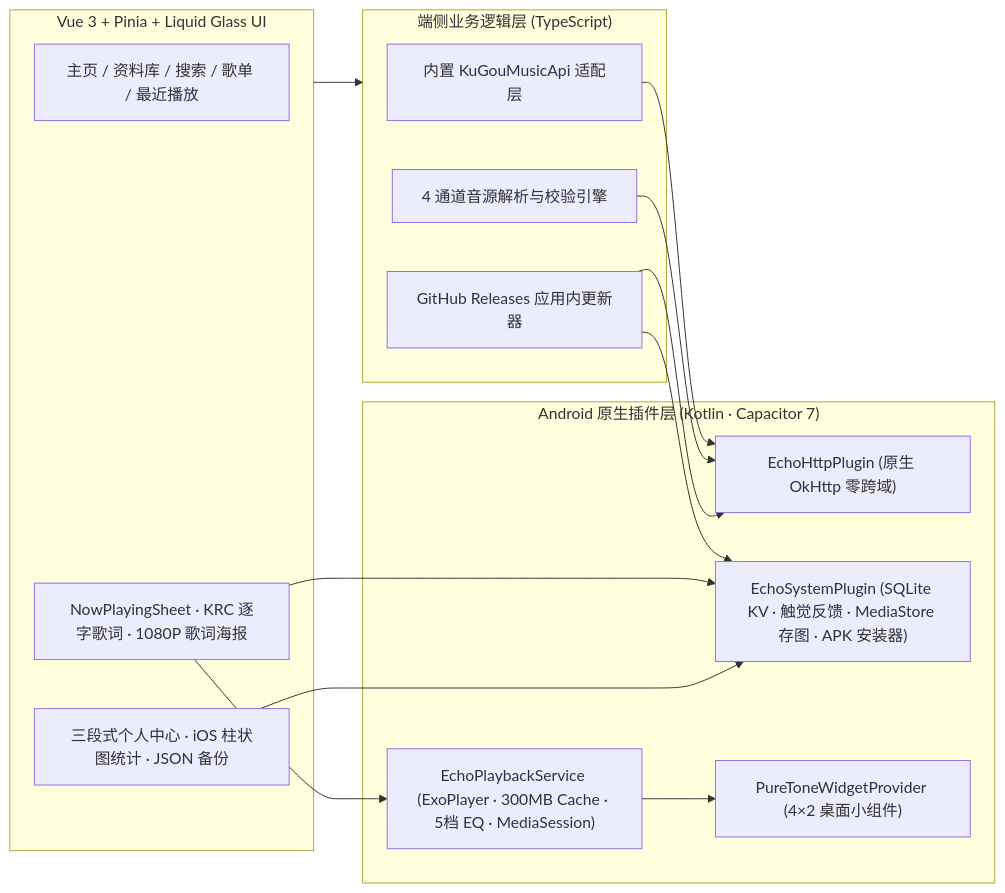
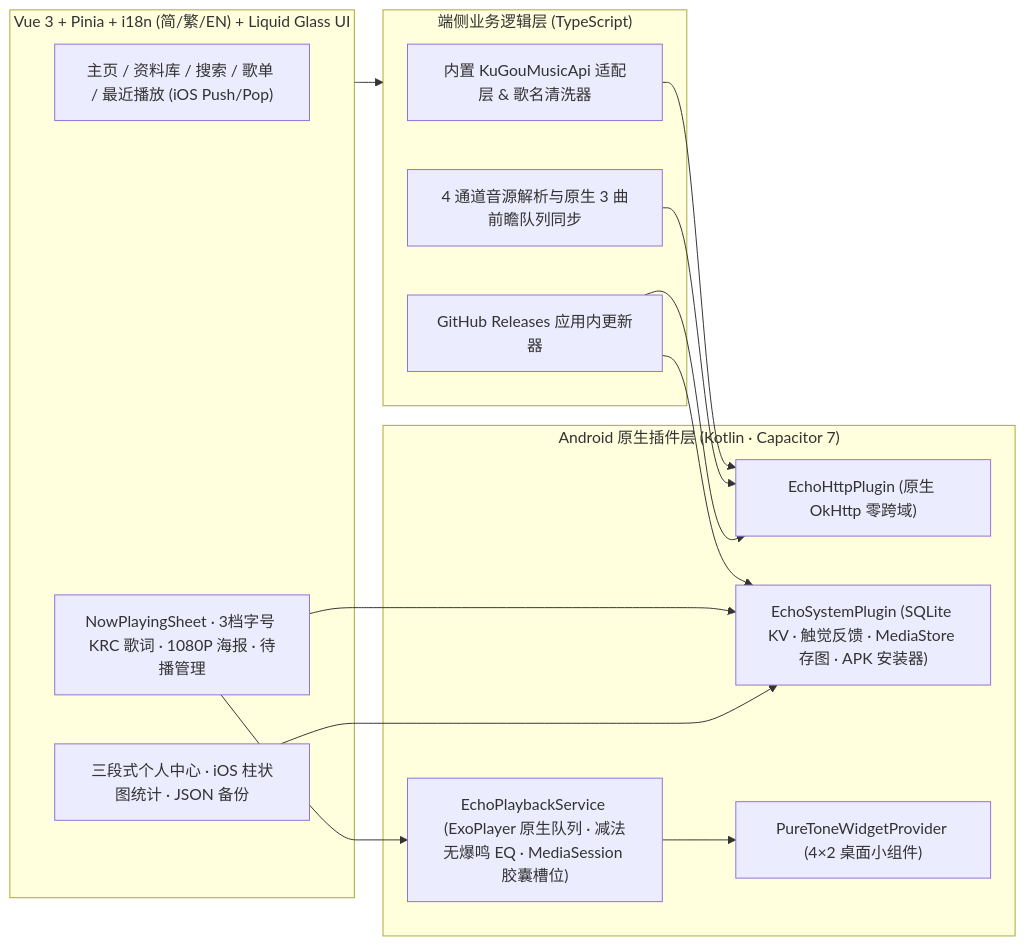
One commit to xhd2005/puretone changed the diagram in README.md. Above: the diagram before and after it, drawn with Mermaid. The commit also changed other lines of this file and 37 other files, not shown here.

````diff
--- a/README.md
+++ b/README.md
@@ -64,31 +66,31 @@
 ```mermaid
 flowchart LR
-    subgraph UI["Vue 3 + Pinia + Liquid Glass UI"]
-        Views["主页 / 资料库 / 搜索 / 歌单 / 最近播放"]
-        PlayerUI["NowPlayingSheet · KRC 逐字歌词 · 1080P 歌词海报"]
+    subgraph UI["Vue 3 + Pinia + i18n (简/繁/EN) + Liquid Glass UI"]
+        Views["主页 / 资料库 / 搜索 / 歌单 / 最近播放 (iOS Push/Pop)"]
+        PlayerUI["NowPlayingSheet · 3档字号 KRC 歌词 · 1080P 海报 · 待播管理"]
         ProfileUI["三段式个人中心 · iOS 柱状图统计 · JSON 备份"]
     end
 
     subgraph Engine["端侧业务逻辑层 (TypeScript)"]
-        Api["内置 KuGouMusicApi 适配层"]
-        Resolver["4 通道音源解析与校验引擎"]
+        Api["内置 KuGouMusicApi 适配层 & 歌名清洗器"]
+        Resolver["4 通道音源解析与原生 3 曲前瞻队列同步"]
         Updater["GitHub Releases 应用内更新器"]
     end
 
     subgraph Native["Android 原生插件层 (Kotlin · Capacitor 7)"]
         OkHttp["EchoHttpPlugin (原生 OkHttp 零跨域)"]
-        Media3["EchoPlaybackService (ExoPlayer · 300MB Cache · 5档 EQ · MediaSession)"]
+        Media3["EchoPlaybackService (ExoPlayer 原生队列 · 减法无爆鸣 EQ · MediaSession 胶囊槽位)"]
         Sys["EchoSystemPlugin (SQLite KV · 触觉反馈 · MediaStore 存图 · APK 安装器)"]
         Widget["PureToneWidgetProvider (4×2 桌面小组件)"]
     end
 
     UI --> Engine
     Api --> OkHttp
     Resolver --> OkHttp
     Updater --> OkHttp
     Updater --> Sys
     PlayerUI --> Media3
     PlayerUI --> Sys
     ProfileUI --> Sys
     Media3 --> Widget
 ```
````
